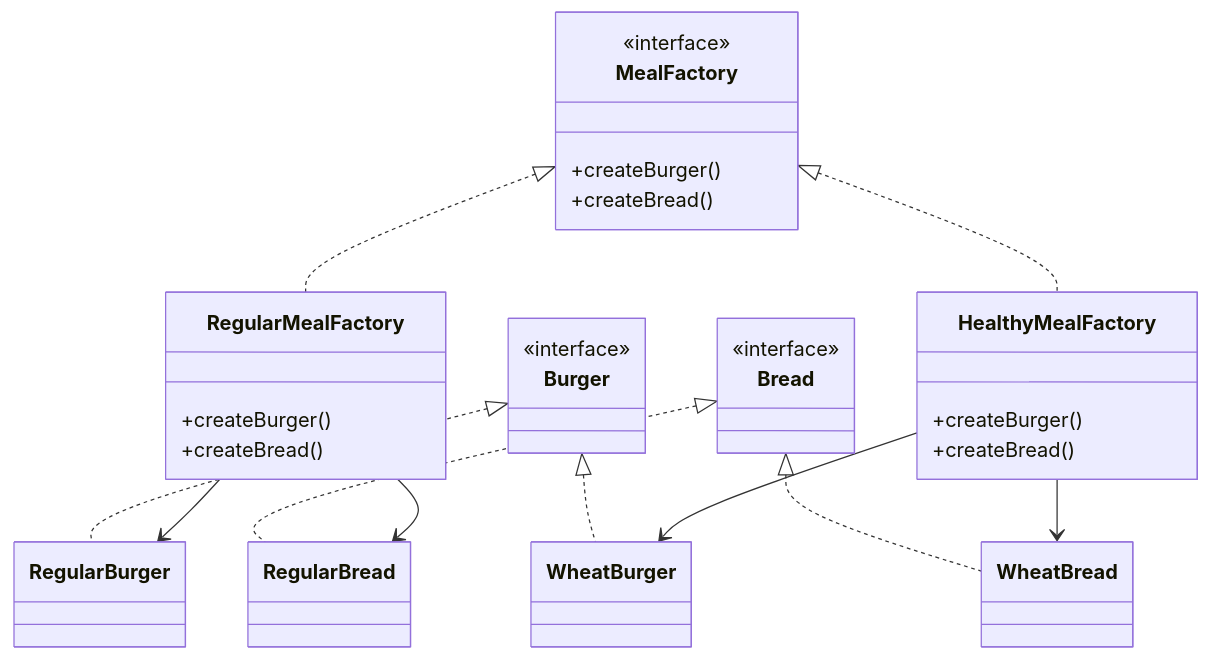
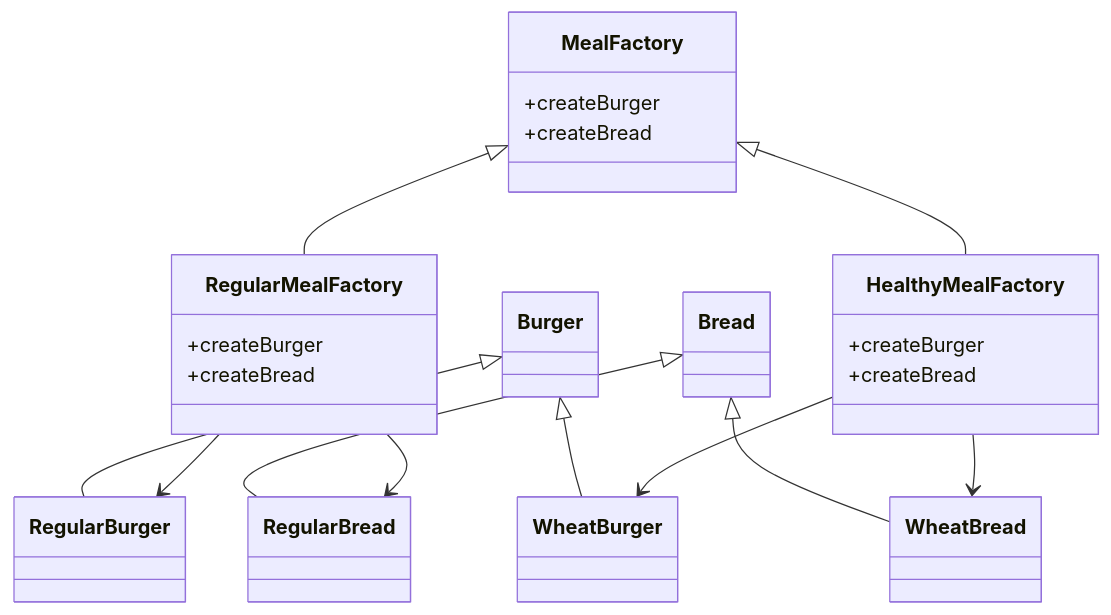
One commit to gojosatoru123-ux/CacheU changed the fifth of 8 diagrams in src/content/lld-factory-design-pattern.md. Above: the diagram before and after it, drawn with Mermaid. The commit also changed other lines of this file and 21 other files, not shown here.

````diff
--- a/src/content/lld-factory-design-pattern.md
+++ b/src/content/lld-factory-design-pattern.md
@@ -618,49 +609,44 @@
 ```mermaid
 classDiagram
     class MealFactory {
-        <<interface>>
-        +createBurger()
-        +createBread()
+        +createBurger
+        +createBread
     }
 
     class RegularMealFactory {
-        +createBurger()
-        +createBread()
+        +createBurger
+        +createBread
     }
 
     class HealthyMealFactory {
-        +createBurger()
-        +createBread()
+        +createBurger
+        +createBread
     }
 
-    class Burger {
-        <<interface>>
-    }
+    class Burger
 
-    class Bread {
-        <<interface>>
-    }
+    class Bread
 
-    class RegularBurger {
-    }
+    class RegularBurger
 
-    class RegularBread {
-    }
+    class RegularBread
 
-    class WheatBurger {
-    }
+    class WheatBurger
 
-    class WheatBread {
-    }
+    class WheatBread
 
-    MealFactory <|.. RegularMealFactory
-    MealFactory <|.. HealthyMealFactory
-    Burger <|.. RegularBurger
-    Burger <|.. WheatBurger
-    Bread <|.. RegularBread
-    Bread <|.. WheatBread
+    MealFactory <|-- RegularMealFactory
+    MealFactory <|-- HealthyMealFactory
+
+    Burger <|-- RegularBurger
+    Burger <|-- WheatBurger
+
+    Bread <|-- RegularBread
+    Bread <|-- WheatBread
+
     RegularMealFactory --> RegularBurger
     RegularMealFactory --> RegularBread
+
     HealthyMealFactory --> WheatBurger
     HealthyMealFactory --> WheatBread
 ```
````
